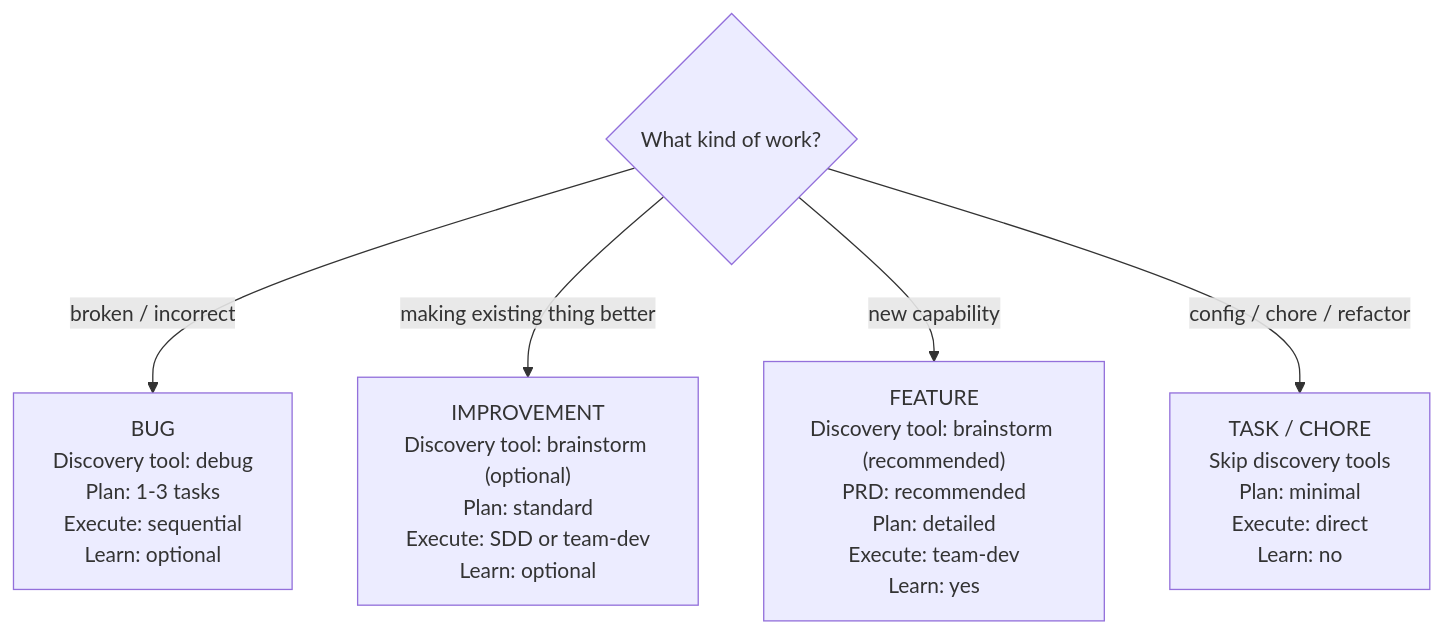
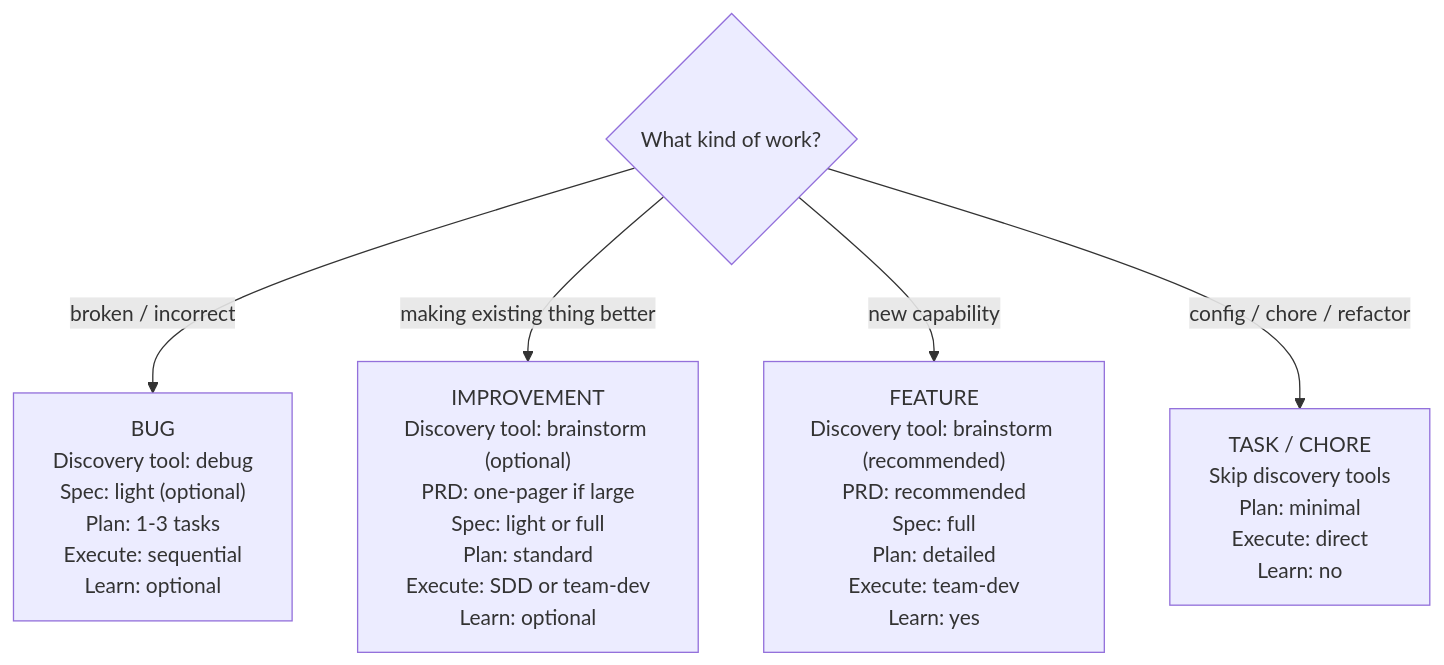
Before and after one commit to duronext/jig: the second of 2 diagrams in core/skills/kickoff/SKILL.md, drawn with Mermaid. The commit also changed other lines of this file and 16 other files, not shown here.

````diff
--- a/core/skills/kickoff/SKILL.md
+++ b/core/skills/kickoff/SKILL.md
@@ -80,8 +87,8 @@
 ```mermaid
 graph TD
   start{"What kind of work?"}
-  start -->|broken / incorrect| bug["BUG<br/>Discovery tool: debug<br/>Plan: 1-3 tasks<br/>Execute: sequential<br/>Learn: optional"]
-  start -->|making existing thing better| improvement["IMPROVEMENT<br/>Discovery tool: brainstorm (optional)<br/>Plan: standard<br/>Execute: SDD or team-dev<br/>Learn: optional"]
-  start -->|new capability| feature["FEATURE<br/>Discovery tool: brainstorm (recommended)<br/>PRD: recommended<br/>Plan: detailed<br/>Execute: team-dev<br/>Learn: yes"]
+  start -->|broken / incorrect| bug["BUG<br/>Discovery tool: debug<br/>Spec: light (optional)<br/>Plan: 1-3 tasks<br/>Execute: sequential<br/>Learn: optional"]
+  start -->|making existing thing better| improvement["IMPROVEMENT<br/>Discovery tool: brainstorm (optional)<br/>PRD: one-pager if large<br/>Spec: light or full<br/>Plan: standard<br/>Execute: SDD or team-dev<br/>Learn: optional"]
+  start -->|new capability| feature["FEATURE<br/>Discovery tool: brainstorm (recommended)<br/>PRD: recommended<br/>Spec: full<br/>Plan: detailed<br/>Execute: team-dev<br/>Learn: yes"]
   start -->|config / chore / refactor| task["TASK / CHORE<br/>Skip discovery tools<br/>Plan: minimal<br/>Execute: direct<br/>Learn: no"]
 ```
````
